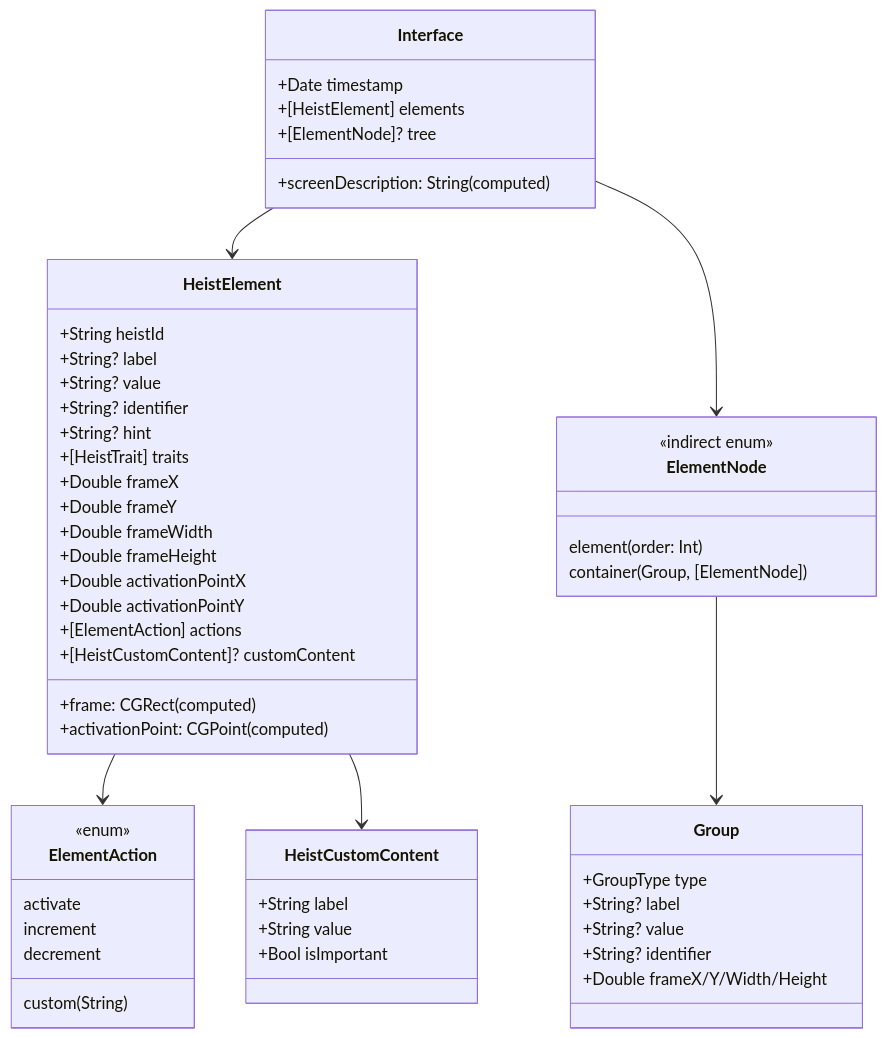
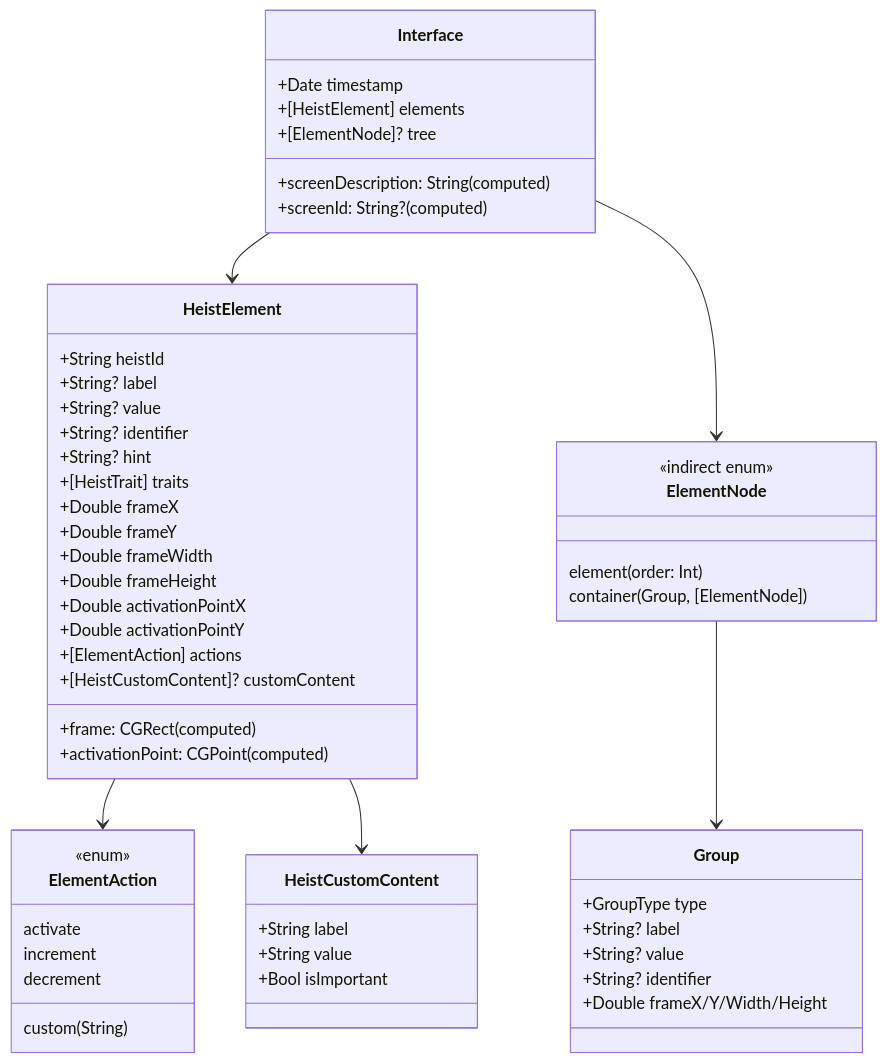
One commit to RoyalPineapple/TheButtonHeist changed the third of 7 diagrams in docs/dossiers/01-THESCORE.md. Above: the diagram before and after it, drawn with Mermaid. The commit also changed other lines of this file and 29 other files, not shown here.

````diff
--- a/docs/dossiers/01-THESCORE.md
+++ b/docs/dossiers/01-THESCORE.md
@@ -99,62 +99,63 @@
 ```mermaid
 classDiagram
     class Interface {
         +Date timestamp
         +[HeistElement] elements
         +[ElementNode]? tree
         +screenDescription: String (computed)
+        +screenId: String? (computed)
     }
 
     class HeistElement {
         +String heistId
         +String? label
         +String? value
         +String? identifier
         +String? hint
         +[HeistTrait] traits
         +Double frameX
         +Double frameY
         +Double frameWidth
         +Double frameHeight
         +Double activationPointX
         +Double activationPointY
         +[ElementAction] actions
         +[HeistCustomContent]? customContent
         +frame: CGRect (computed)
         +activationPoint: CGPoint (computed)
     }
 
     class ElementNode {
         <<indirect enum>>
         element(order: Int)
         container(Group, [ElementNode])
     }
 
     class Group {
         +GroupType type
         +String? label
         +String? value
         +String? identifier
         +Double frameX/Y/Width/Height
     }
 
     class ElementAction {
         <<enum>>
         activate
         increment
         decrement
         custom(String)
     }
 
     class HeistCustomContent {
         +String label
         +String value
         +Bool isImportant
     }
 
     Interface --> HeistElement
     Interface --> ElementNode
     ElementNode --> Group
     HeistElement --> ElementAction
     HeistElement --> HeistCustomContent
 ```
````
